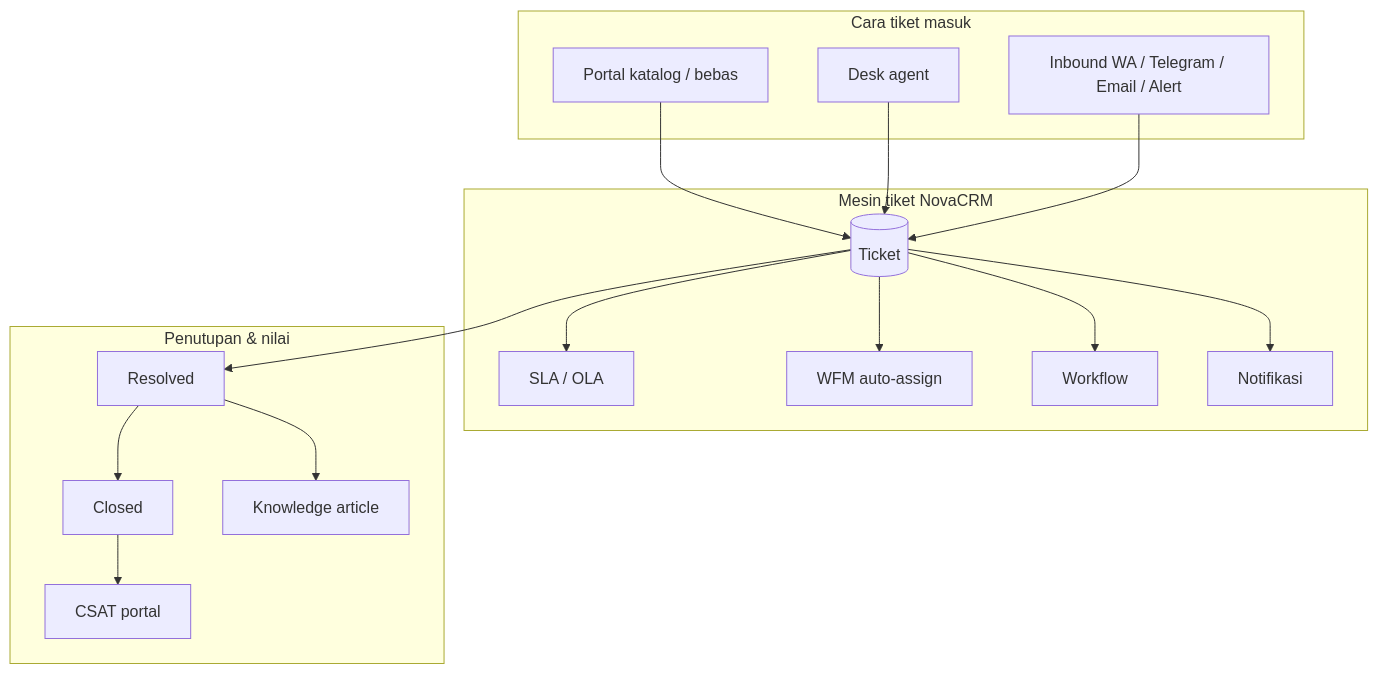
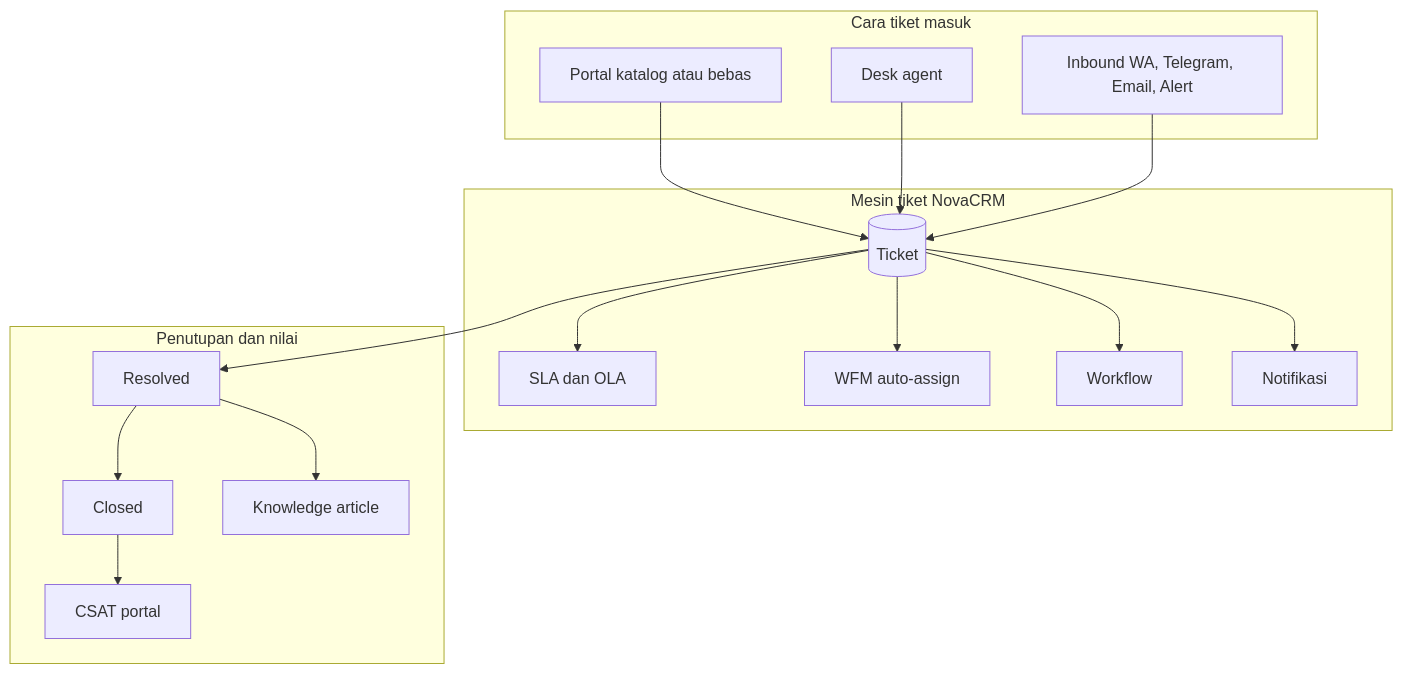
The first of 14 diagrams in docs/TICKETING-JOURNEY.md (bontiharyanto/novacrm), drawn with Mermaid before and after one commit. The commit also changed other lines of this file, not shown here.

First line of the commit message:
Fix Mermaid diagram syntax in ticketing journey doc for GitHub rendering.

````diff
--- a/docs/TICKETING-JOURNEY.md
+++ b/docs/TICKETING-JOURNEY.md
@@ -28,34 +28,34 @@
 ```mermaid
 flowchart TB
-  subgraph Masuk["Cara tiket masuk"]
-    P[Portal katalog / bebas]
-    D[Desk agent]
-    I[Inbound WA / Telegram / Email / Alert]
+  subgraph masuk["Cara tiket masuk"]
+    P["Portal katalog atau bebas"]
+    D["Desk agent"]
+    I["Inbound WA, Telegram, Email, Alert"]
   end
 
-  subgraph Mesin["Mesin tiket NovaCRM"]
+  subgraph mesin["Mesin tiket NovaCRM"]
     T[(Ticket)]
-    SLA[SLA / OLA]
-    WFM[WFM auto-assign]
+    SLA["SLA dan OLA"]
+    WFM["WFM auto-assign"]
     WF[Workflow]
     N[Notifikasi]
   end
 
-  subgraph Keluar["Penutupan & nilai"]
+  subgraph keluar["Penutupan dan nilai"]
     R[Resolved]
     C[Closed]
-    CSAT[CSAT portal]
-    KB[Knowledge article]
+    CSAT["CSAT portal"]
+    KB["Knowledge article"]
   end
 
   P --> T
   D --> T
   I --> T
   T --> SLA
   T --> WFM
   T --> WF
   T --> N
   T --> R --> C
   C --> CSAT
   R --> KB
 ```
````
